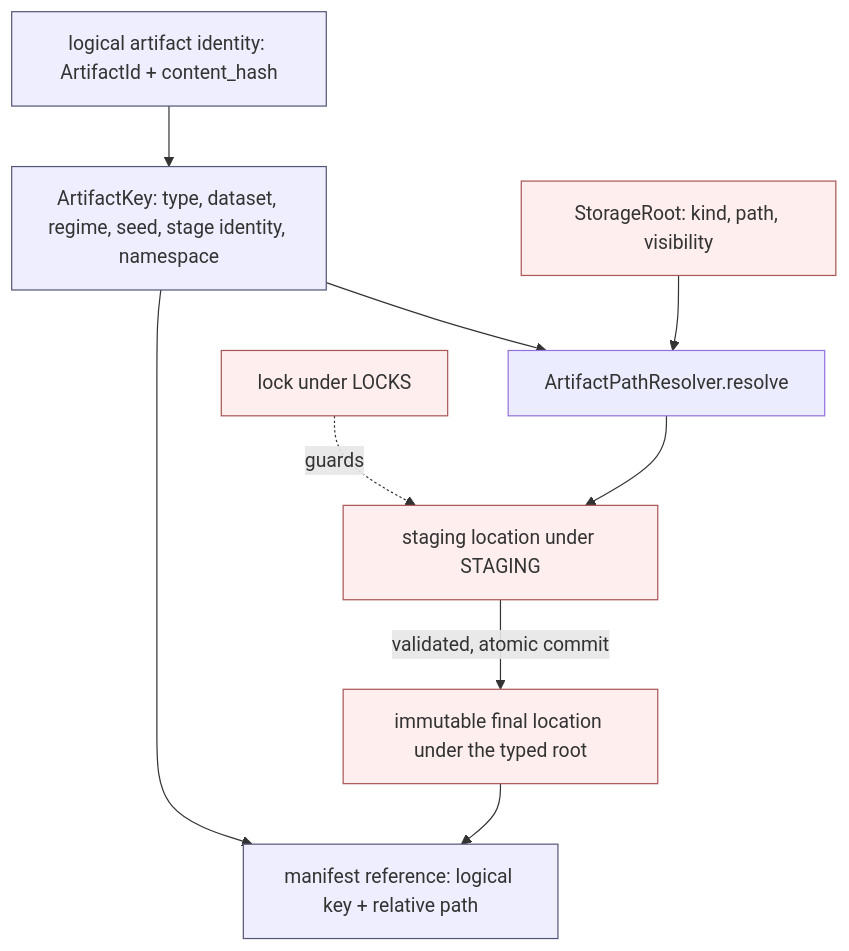
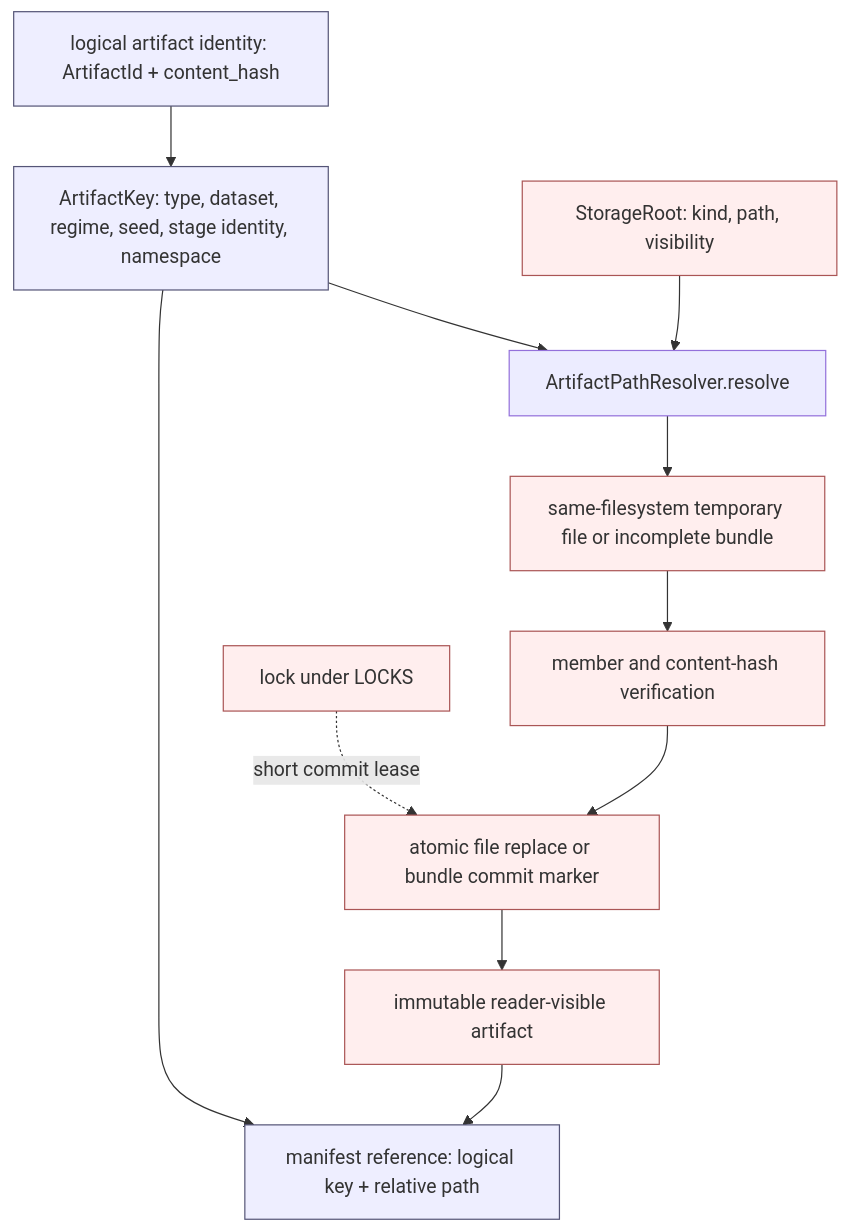
One commit to naslouby-salahe/datp-core changed the seventh of 10 diagrams in docs/DATP Core Architecture.md. Above: the diagram before and after it, drawn with Mermaid. The commit also changed other lines of this file, not shown here.

Commit message:
Update architecture

````diff
--- a/docs/DATP Core Architecture.md
+++ b/docs/DATP Core Architecture.md
@@ -1222,25 +1494,29 @@
 ```mermaid
 graph TD
     ID[logical artifact identity: ArtifactId + content_hash]
     KEY[ArtifactKey: type, dataset, regime, seed, stage identity, namespace]
     ROOT[StorageRoot: kind, path, visibility]
     RES[ArtifactPathResolver.resolve]
-    STAGE[staging location under STAGING]
-    FINAL[immutable final location under the typed root]
+    TMP[same-filesystem temporary file or incomplete bundle]
+    VERIFY[member and content-hash verification]
+    COMMIT[atomic file replace or bundle commit marker]
+    FINAL[immutable reader-visible artifact]
     MAN[manifest reference: logical key + relative path]
     LOCK[lock under LOCKS]
 
     ID --> KEY
     KEY --> RES
     ROOT --> RES
-    RES --> STAGE
-    LOCK -.guards.-> STAGE
-    STAGE -->|validated, atomic commit| FINAL
+    RES --> TMP
+    TMP --> VERIFY
+    LOCK -.short commit lease.-> COMMIT
+    VERIFY --> COMMIT
+    COMMIT --> FINAL
     FINAL --> MAN
     KEY --> MAN
 
     classDef logical fill:#eef,stroke:#557;
     classDef physical fill:#fee,stroke:#a55;
     class ID,KEY,MAN logical;
-    class ROOT,STAGE,FINAL,LOCK physical;
+    class ROOT,TMP,VERIFY,COMMIT,FINAL,LOCK physical;
 ```
````
